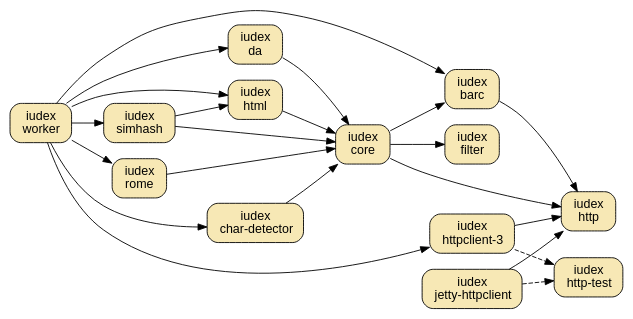
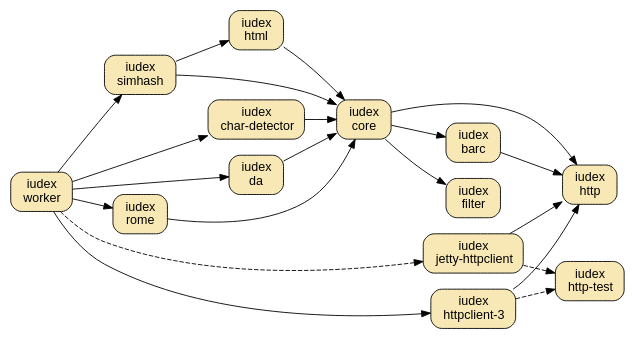
One commit to dekellum/iudex changed the diagram in www/_dot/iudex.dot. Above: the diagram before and after it, drawn with Graphviz.

Commit message:
www: Add jetty-http ref and cleanup iudex gem graph

```diff
--- a/www/_dot/iudex.dot
+++ b/www/_dot/iudex.dot
@@ -1,73 +1,75 @@
 digraph "iudex-gems" {
   rankdir=LR;
   size="6.5,4.5";
   bgcolor="transparent";
   node [ shape=box, style="filled,rounded", fillcolor="#f7e8b5",
          fontname="Arial",  margin="0.2,0.1" ];
 
   barc        [ label=<iudex<br/>barc>, target=_parent, URL="../barc.html" ];
   char_detect [ label=<iudex<br/>char-detector> ];
   core        [ label=<iudex<br/>core> ];
   da          [ label=<iudex<br/>da>, target=_parent, URL="../da/index.html" ]
   filter      [ label=<iudex<br/>filter> ];
   html        [ label=<iudex<br/>html> ];
   rome        [ label=<iudex<br/>rome> ];
   simhash     [ label=<iudex<br/>simhash> ];
   worker      [ label=<iudex<br/>worker> ];
 
 # subgraph cluster_http { style=invis };
   http             [ label=<iudex<br/>http> ];
   httpclient_3     [ label=<iudex<br/>httpclient-3<br/>> ];
   jetty_httpclient [ label=<iudex<br/>jetty-httpclient<br/>> ];
   http_test        [ label=<iudex<br/>http-test> ];
 
-  httpclient_3     -> http
+  httpclient_3     -> http [ weight=2 ];
   httpclient_3     -> http_test [ style=dashed ];
-  jetty_httpclient -> http
+  jetty_httpclient -> http;
   jetty_httpclient -> http_test [ style=dashed ];
 
   barc        -> http
   char_detect -> core
   core        -> barc
   core        -> filter
-  core        -> http
+  core        -> http [ weight=2 ];
   da          -> core
   html        -> core
   rome        -> core
   simhash     -> core
   simhash     -> html
-  worker      -> barc
+#  worker      -> barc
   worker      -> char_detect
   worker      -> da
-  worker      -> html
+#  worker      -> html
   worker      -> httpclient_3
+  worker      -> jetty_httpclient [ style=dashed ];
   worker      -> rome
   worker      -> simhash
+#  worker      -> core
 
 #  barc        -> "gravitext-util"
 #  barc        -> "rjack-slf4j"
 #  char_detect -> filter
 #  core        -> "gravitext-util"
 #  core        -> "rjack-logback"
 #  core        -> "rjack-slf4j"
 #  core        -> simhash
 #  da          -> "gravitext-util"
 #  da          -> "rjack-slf4j"
 #  da          -> filter
 #  filter      -> "gravitext-util"
 #  filter      -> "rjack-logback"
 #  filter      -> "rjack-slf4j"
 #  html        -> filter
 #  http        -> "gravitext-util"
 #  http        -> "rjack-slf4j"
 #  simhash     -> filter
 #  worker      -> core
 
 #  sitemap [ style="rounded,dashed" ];
 #  sitemap [ target=_parent, URL="../sitemap.html" ];
 #  sitemap -> core
 
 #  publisher [ style="rounded,dashed" ];
 #  publisher -> da
 #  publisher -> barc
 }
```
